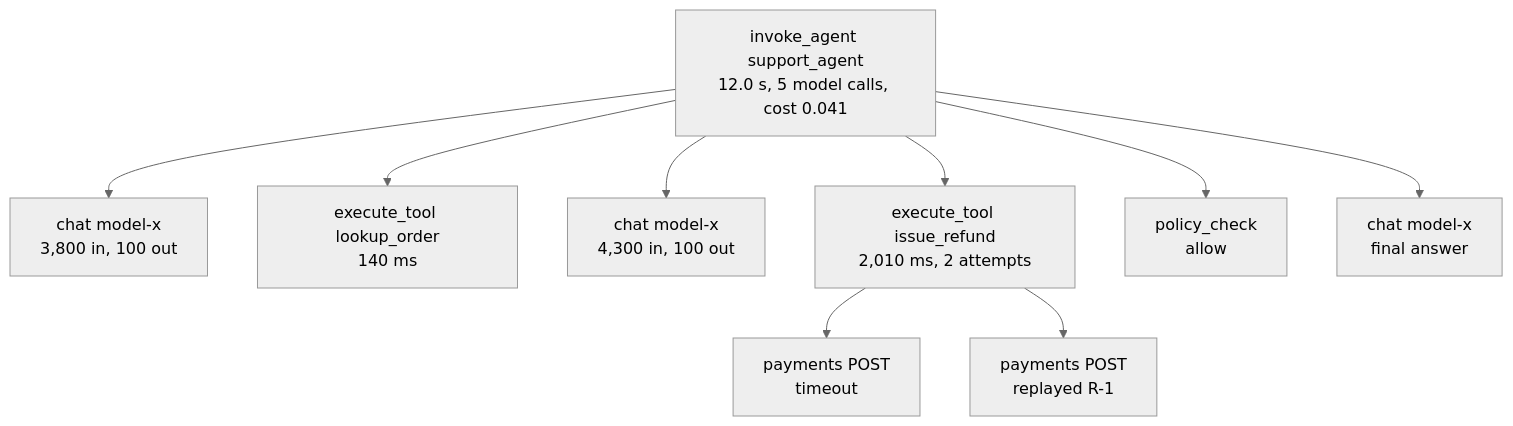
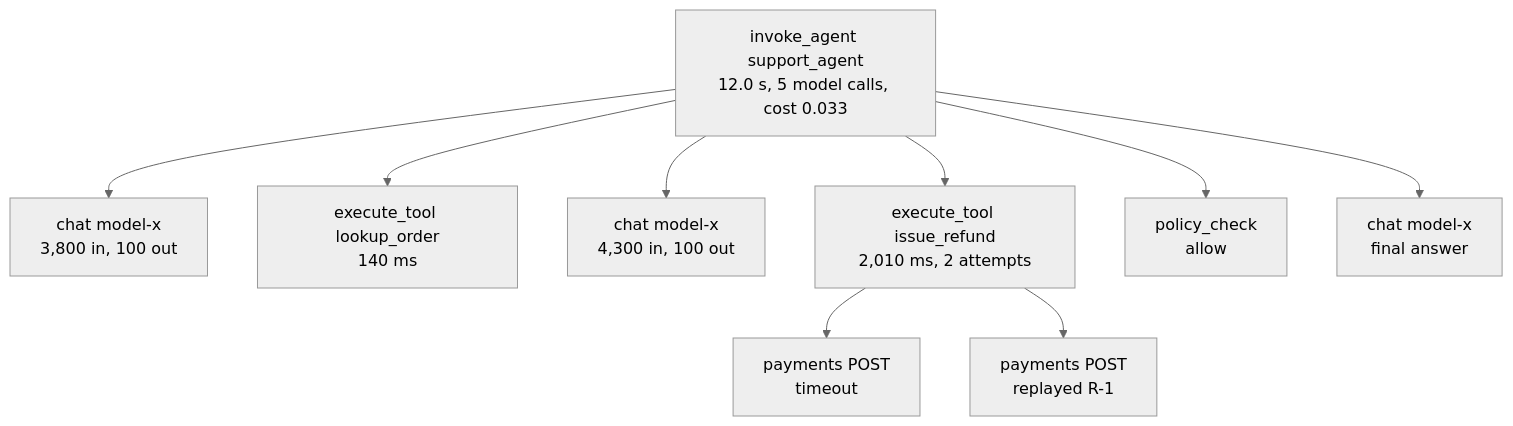
Before and after one commit to Sampath1-1-1/System-Design: diagram 18 of 19 in manuscript/book2-ml-ai/77-ai-agents.md, drawn with Mermaid (neutral theme). The commit also changed other lines of this file and 23 other files, not shown here.

````diff
--- a/manuscript/book2-ml-ai/77-ai-agents.md
+++ b/manuscript/book2-ml-ai/77-ai-agents.md
@@ -1251,11 +1249,11 @@
 ```mermaid
 flowchart TB
-  A["invoke_agent support_agent<br/>12.0 s, 5 model calls, cost 0.041"] --> B["chat model-x<br/>3,800 in, 100 out"]
+  A["invoke_agent support_agent<br/>12.0 s, 5 model calls, cost 0.033"] --> B["chat model-x<br/>3,800 in, 100 out"]
   A --> C["execute_tool lookup_order<br/>140 ms"]
   A --> D["chat model-x<br/>4,300 in, 100 out"]
   A --> E["execute_tool issue_refund<br/>2,010 ms, 2 attempts"]
   E --> E1["payments POST<br/>timeout"]
   E --> E2["payments POST<br/>replayed R-1"]
   A --> F["policy_check<br/>allow"]
   A --> G["chat model-x<br/>final answer"]
 ```
````
